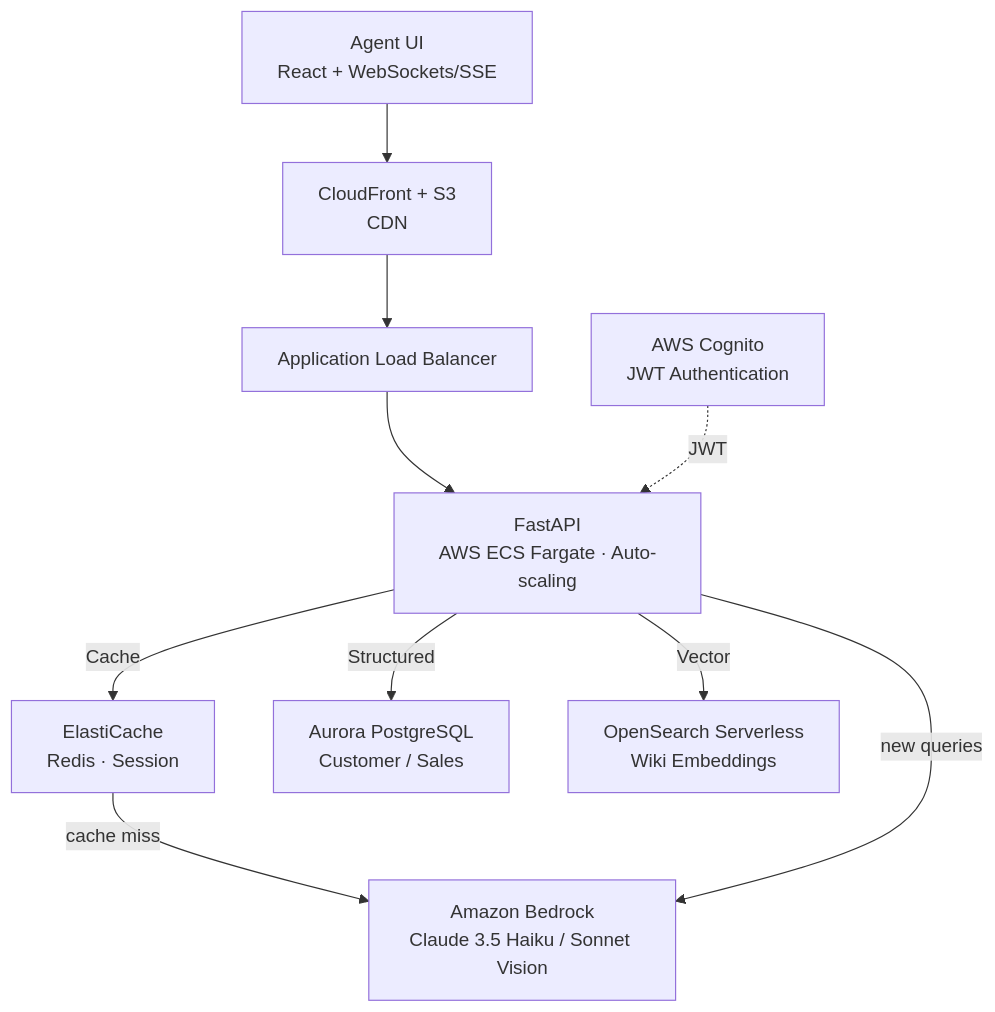
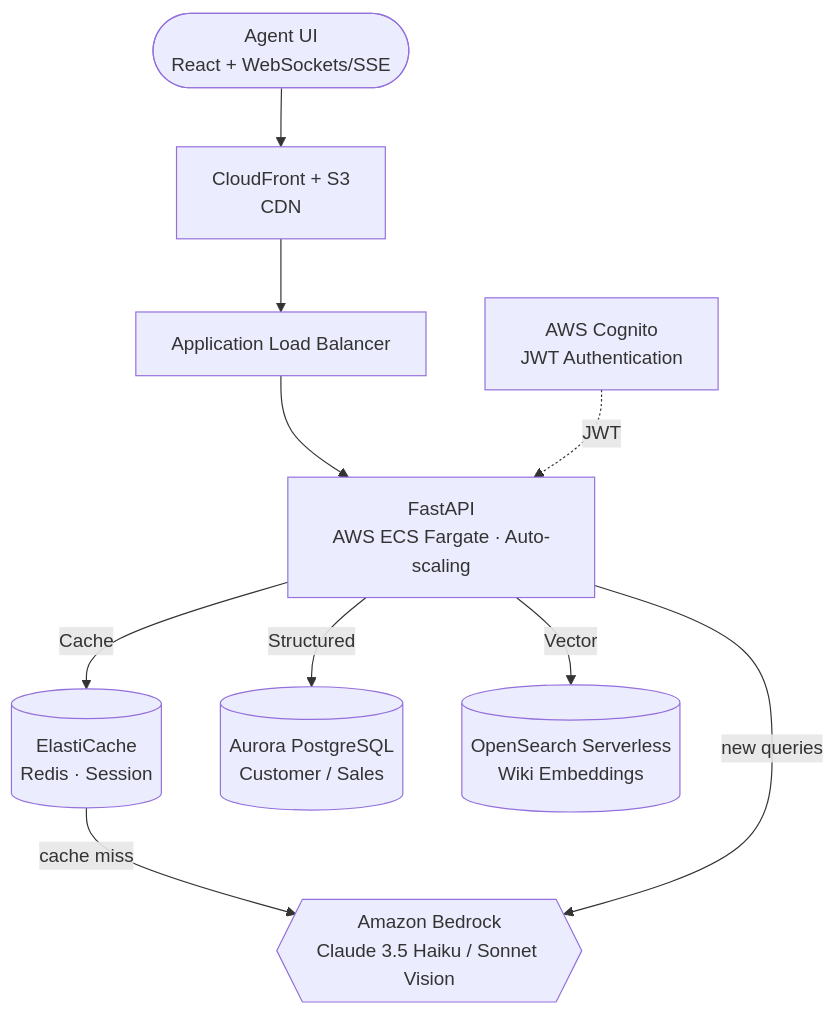
The first of 4 diagrams in docs/requirements-and-architecture.md (jonathanmark/jts), drawn with Mermaid before and after one commit. The commit also changed other lines of this file and 5 other files, not shown here.

Commit message:
Polish diagrams: switchable views via tabs, flowing-edge animation, uniform node sizing, UML shape language, muted palette for all diagram types

````diff
--- a/docs/requirements-and-architecture.md
+++ b/docs/requirements-and-architecture.md
@@ -9,20 +9,20 @@
 ```mermaid
 flowchart TD
-    UI["Agent UI<br/>React + WebSockets/SSE"]
+    UI(["Agent UI<br/>React + WebSockets/SSE"])
     CDN["CloudFront + S3<br/>CDN"]
     ALB["Application Load Balancer"]
     API["FastAPI<br/>AWS ECS Fargate · Auto-scaling"]
     AUTH["AWS Cognito<br/>JWT Authentication"]
-    CACHE["ElastiCache<br/>Redis · Session"]
-    DB["Aurora PostgreSQL<br/>Customer / Sales"]
-    VEC["OpenSearch Serverless<br/>Wiki Embeddings"]
-    LLM["Amazon Bedrock<br/>Claude 3.5 Haiku / Sonnet Vision"]
+    CACHE[("ElastiCache<br/>Redis · Session")]
+    DB[("Aurora PostgreSQL<br/>Customer / Sales")]
+    VEC[("OpenSearch Serverless<br/>Wiki Embeddings")]
+    LLM{{"Amazon Bedrock<br/>Claude 3.5 Haiku / Sonnet Vision"}}
 
     UI --> CDN --> ALB --> API
     AUTH -. "JWT" .-> API
     API -->|"Cache"| CACHE
     API -->|"Structured"| DB
     API -->|"Vector"| VEC
     CACHE -->|"cache miss"| LLM
     API -->|"new queries"| LLM
 ```
````
